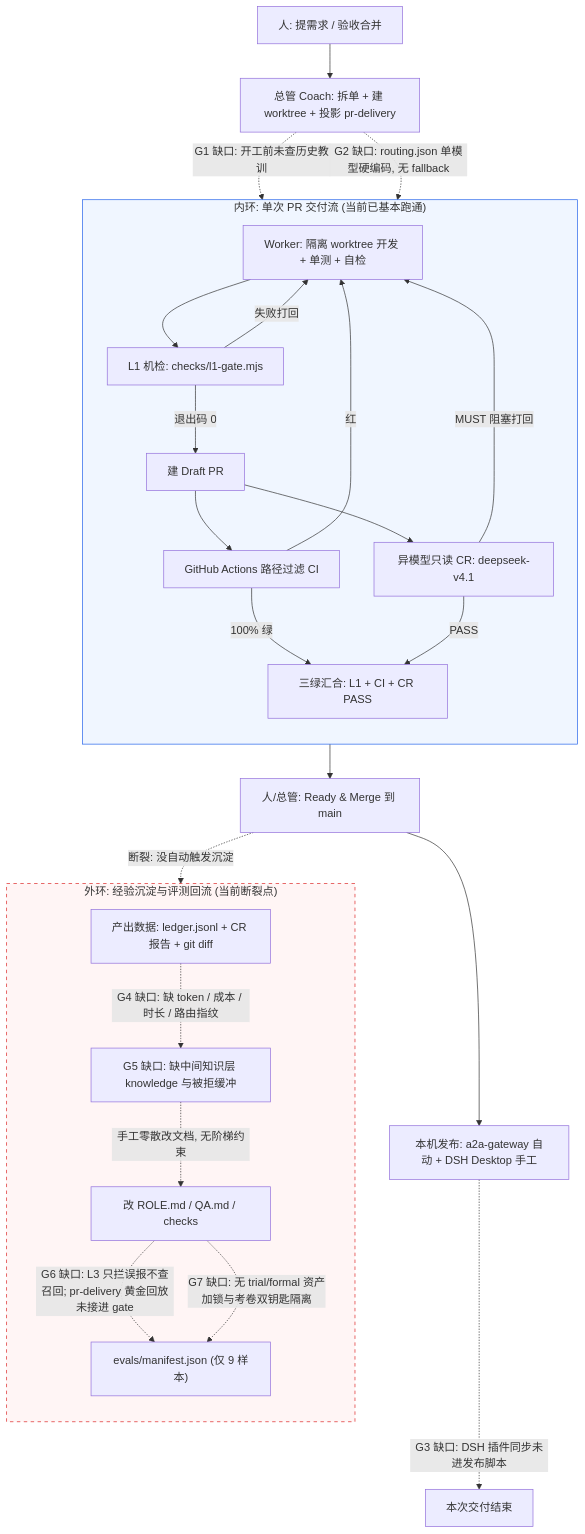
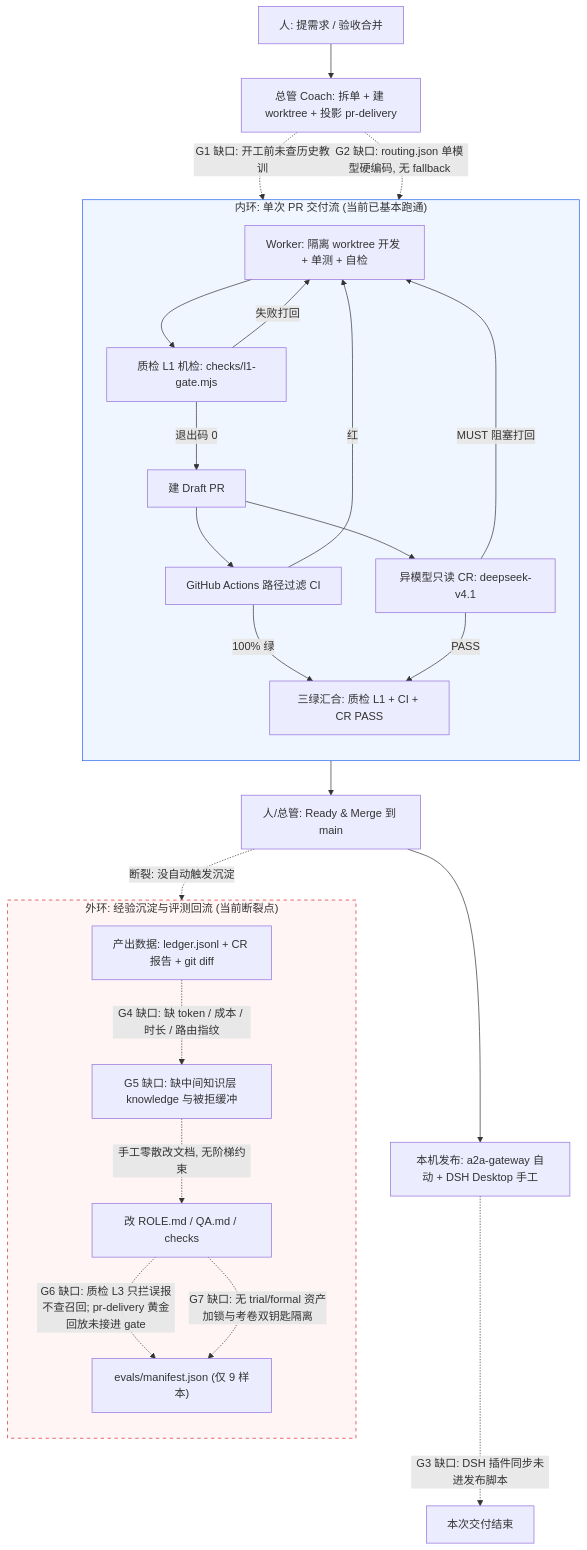
The first of 6 diagrams in docs/compound-agent-business-flow-and-gap-map-20261127.md (scottzx/agent-workflow), drawn with Mermaid before and after one commit. The commit also changed other lines of this file and 3 other files, not shown here.

````diff
--- a/docs/compound-agent-business-flow-and-gap-map-20261127.md
+++ b/docs/compound-agent-business-flow-and-gap-map-20261127.md
@@ -14,38 +15,38 @@
 ```mermaid
 flowchart TD
     U["人: 提需求 / 验收合并"] --> C["总管 Coach: 拆单 + 建 worktree + 投影 pr-delivery"]
 
     C -. "G1 缺口: 开工前未查历史教训" .-> W
     C -. "G2 缺口: routing.json 单模型硬编码, 无 fallback" .-> W
 
     subgraph Delivery["内环: 单次 PR 交付流 (当前已基本跑通)"]
         direction TB
-        W["Worker: 隔离 worktree 开发 + 单测 + 自检"] --> L1["L1 机检: checks/l1-gate.mjs"]
-        L1 -- "失败打回" --> W
-        L1 -- "退出码 0" --> PR["建 Draft PR"]
+        W["Worker: 隔离 worktree 开发 + 单测 + 自检"] --> Q1["质检 L1 机检: checks/l1-gate.mjs"]
+        Q1 -- "失败打回" --> W
+        Q1 -- "退出码 0" --> PR["建 Draft PR"]
         PR --> CI["GitHub Actions 路径过滤 CI"]
         PR --> CR["异模型只读 CR: deepseek-v4.1"]
         CI -- "红" --> W
         CR -- "MUST 阻塞打回" --> W
-        CI -- "100% 绿" --> G0["三绿汇合: L1 + CI + CR PASS"]
+        CI -- "100% 绿" --> G0["三绿汇合: 质检 L1 + CI + CR PASS"]
         CR -- "PASS" --> G0
     end
 
     G0 --> M["人/总管: Ready & Merge 到 main"]
     M --> D["本机发布: a2a-gateway 自动 + DSH Desktop 手工"]
     D -. "G3 缺口: DSH 插件同步未进发布脚本" .-> END1["本次交付结束"]
 
     subgraph Broken["外环: 经验沉淀与评测回流 (当前断裂点)"]
         direction TB
         T["产出数据: ledger.jsonl + CR 报告 + git diff"]
         T -. "G4 缺口: 缺 token / 成本 / 时长 / 路由指纹" .-> K["G5 缺口: 缺中间知识层 knowledge 与被拒缓冲"]
         K -. "手工零散改文档, 无阶梯约束" .-> R["改 ROLE.md / QA.md / checks"]
-        R -. "G6 缺口: L3 只拦误报不查召回; pr-delivery 黄金回放未接进 gate" .-> E["evals/manifest.json (仅 9 样本)"]
+        R -. "G6 缺口: 质检 L3 只拦误报不查召回; pr-delivery 黄金回放未接进 gate" .-> E["evals/manifest.json (仅 9 样本)"]
         R -. "G7 缺口: 无 trial/formal 资产加锁与考卷双钥匙隔离" .-> E
     end
 
     M -. "断裂: 没自动触发沉淀" .-> T
 
     style Delivery fill:#f0f6ff,stroke:#2563eb
     style Broken fill:#fff5f5,stroke:#dc2626,stroke-dasharray: 5 5
 ```
````
